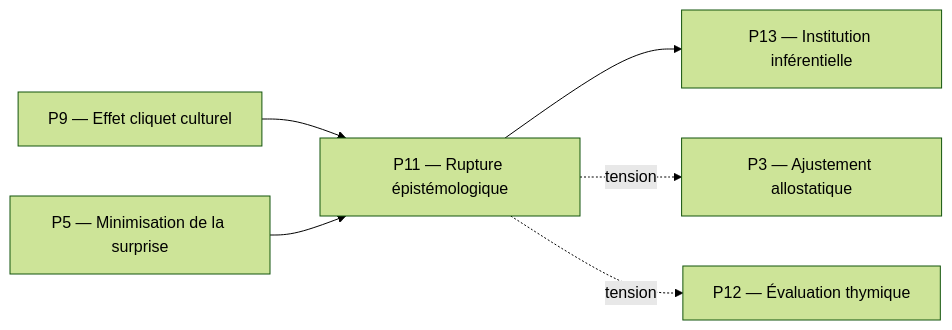
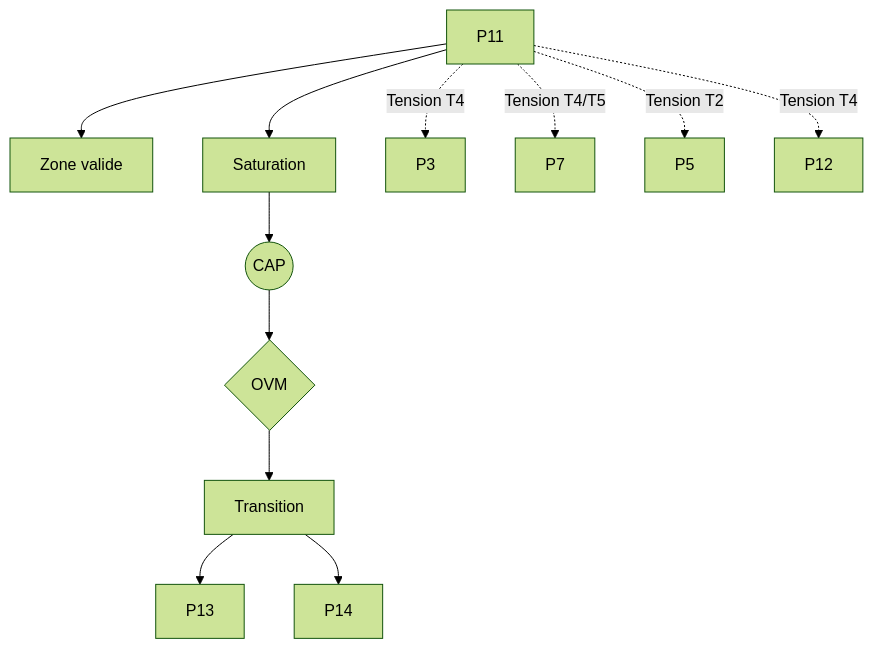
One commit to newgeko/protokin changed the diagram in piliers/P11_rupture_epistemologique_sellars.md. Above: the diagram before and after it, drawn with Mermaid (forest theme). The commit also changed other lines of this file, not shown here.

````diff
--- a/piliers/P11_rupture_epistemologique_sellars.md
+++ b/piliers/P11_rupture_epistemologique_sellars.md
@@ -58,11 +314,20 @@
 ```mermaid
-graph LR
-    P11[P11 — Rupture épistémologique]
+graph TD
 
-    P9[P9 — Effet cliquet culturel] --> P11
-    P5[P5 — Minimisation de la surprise] --> P11
-    P11 --> P13[P13 — Institution inférentielle]
-    P11 -. tension .-> P3[P3 — Ajustement allostatique]
-    P11 -. tension .-> P12[P12 — Évaluation thymique]
+P[P11]
 
+P --> V[Zone valide]
+P --> S[Saturation]
+
+S --> CAP((CAP))
+CAP --> OVM{OVM}
+OVM --> T[Transition]
+
+T --> P13[P13]
+T --> P14[P14]
+
+P -. Tension T4 .-> P3[P3]
+P -. Tension T4/T5 .-> P7[P7]
+P -. Tension T2 .-> P5[P5]
+P -. Tension T4 .-> P12[P12]
 ```
````
